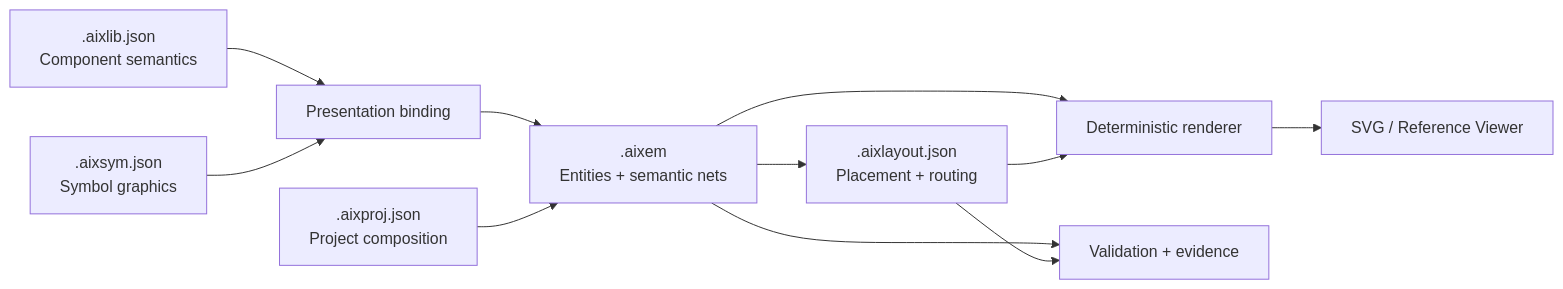
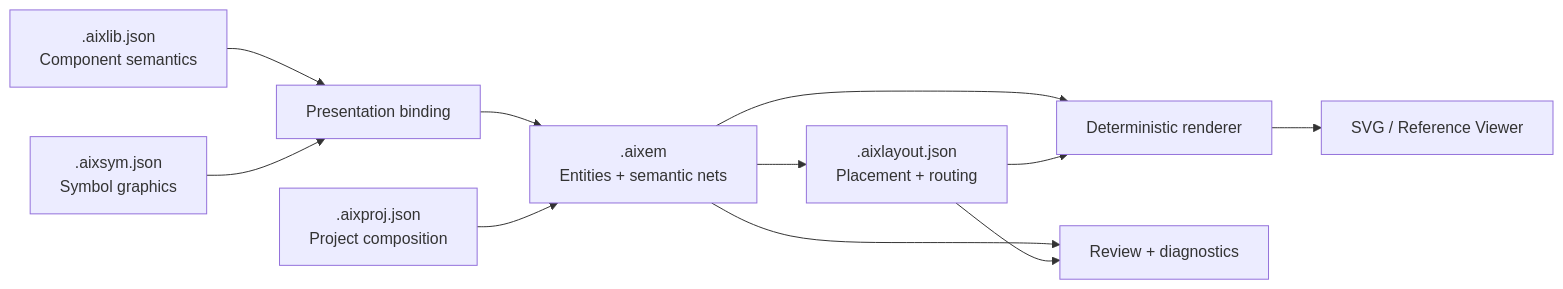
The diagram in README.md (dextune/aixem), drawn with Mermaid before and after one commit. The commit also changed other lines of this file, not shown here.

````diff
--- a/README.md
+++ b/README.md
@@ -39,13 +38,13 @@
 ```mermaid
 flowchart LR
     LIB[".aixlib.json\nComponent semantics"] --> BIND["Presentation binding"]
     SYM[".aixsym.json\nSymbol graphics"] --> BIND
     BIND --> SCH[".aixem\nEntities + semantic nets"]
     PROJ[".aixproj.json\nProject composition"] --> SCH
     SCH --> LAY[".aixlayout.json\nPlacement + routing"]
     SCH --> RENDER["Deterministic renderer"]
     LAY --> RENDER
     RENDER --> VIEW["SVG / Reference Viewer"]
-    SCH --> VALIDATE["Validation + evidence"]
-    LAY --> VALIDATE
+    SCH --> REVIEW["Review + diagnostics"]
+    LAY --> REVIEW
 ```
````
